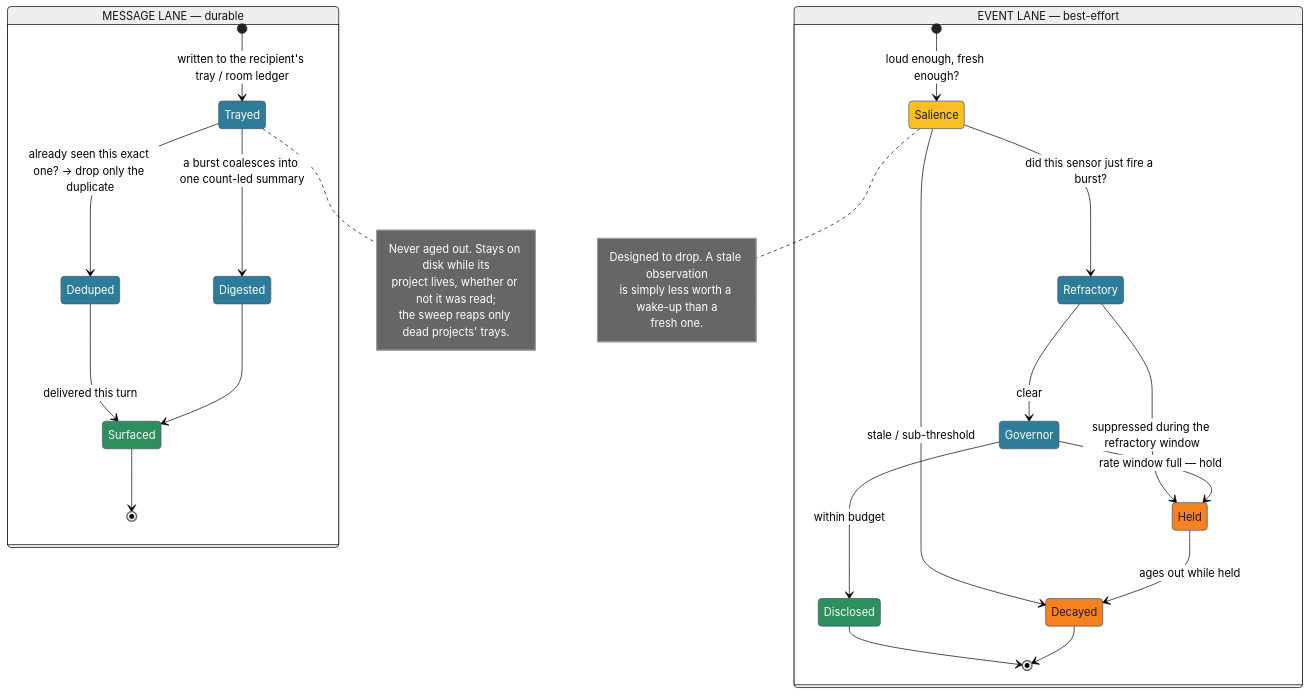
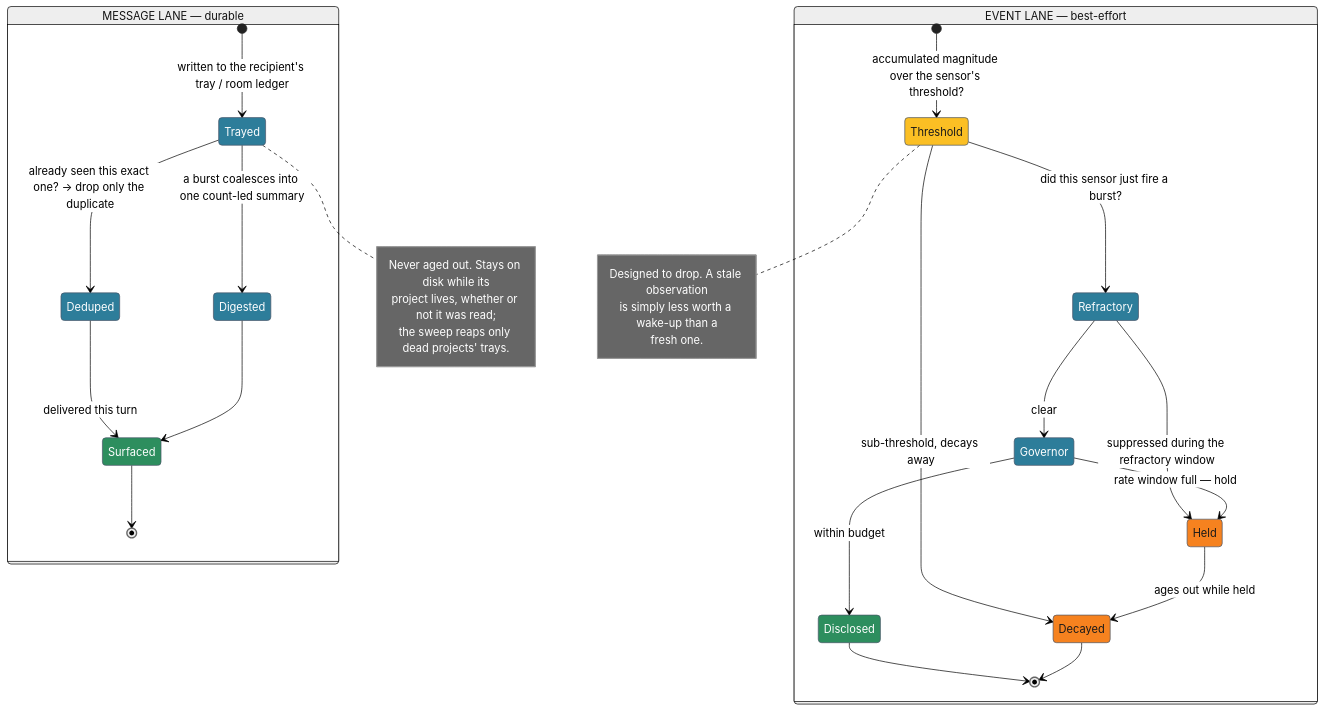
The second of 2 diagrams in docs/explanation/attend-messaging/07-the-lane-gate.md (aaronsb/agent-ways), drawn with Mermaid (neutral theme) before and after one commit. The commit also changed other lines of this file and 16 other files, not shown here.

````diff
--- a/docs/explanation/attend-messaging/07-the-lane-gate.md
+++ b/docs/explanation/attend-messaging/07-the-lane-gate.md
@@ -63,53 +63,53 @@
 ```mermaid
 stateDiagram-v2
     state "MESSAGE LANE — durable" as MessageLane {
         [*] --> Trayed : written to the recipient's tray / room ledger
         Trayed --> Deduped : already seen this exact one? → drop only the duplicate
         Deduped --> Surfaced : delivered this turn
         Trayed --> Digested : a burst coalesces into one count-led summary
         Digested --> Surfaced
         Surfaced --> [*]
         note right of Trayed
             Never aged out. Stays on disk while its
             project lives, whether or not it was read;
             the sweep reaps only dead projects' trays.
         end note
     }
 
     state "EVENT LANE — best-effort" as EventLane {
-        [*] --> Salience : loud enough, fresh enough?
-        Salience --> Decayed : stale / sub-threshold
-        Salience --> Refractory : did this sensor just fire a burst?
+        [*] --> Threshold : accumulated magnitude over the sensor's threshold?
+        Threshold --> Decayed : sub-threshold, decays away
+        Threshold --> Refractory : did this sensor just fire a burst?
         Refractory --> Held : suppressed during the refractory window
         Refractory --> Governor : clear
         Governor --> Held : rate window full — hold
         Governor --> Disclosed : within budget
         Held --> Decayed : ages out while held
         Disclosed --> [*]
         Decayed --> [*]
-        note right of Salience
+        note right of Threshold
             Designed to drop. A stale observation
             is simply less worth a wake-up than a
             fresh one.
         end note
     }
 
     classDef process fill:#2d7d9a,color:#ffffff,stroke:#4a5568
     classDef gate fill:#fbbf24,color:#1a1a1a,stroke:#4a5568
     classDef store fill:#2d8e5e,color:#ffffff,stroke:#4a5568
     classDef external fill:#f6821f,color:#1a1a1a,stroke:#4a5568
 
     class Trayed process
     class Deduped process
     class Digested process
     class Surfaced store
-    class Salience gate
+    class Threshold gate
     class Refractory process
     class Governor process
     class Disclosed store
     class Held external
     class Decayed external
 
     style MessageLane stroke:#2d8e5e,fill:#2d8e5e1a,color:#cbd5e1
     style EventLane stroke:#d97706,fill:#f6821f1a,color:#cbd5e1
 ```
````
